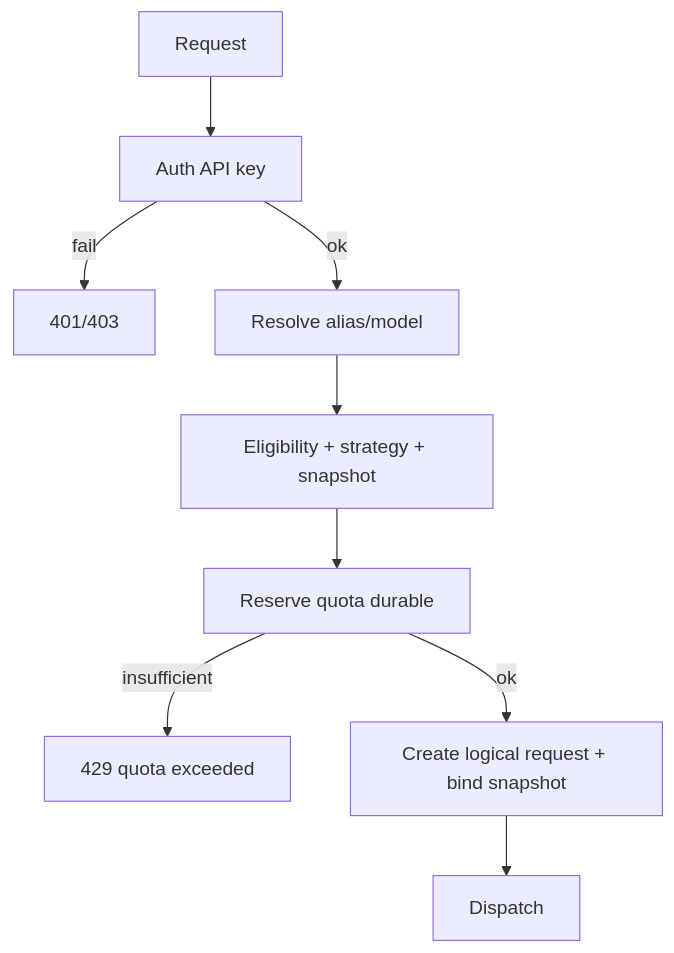
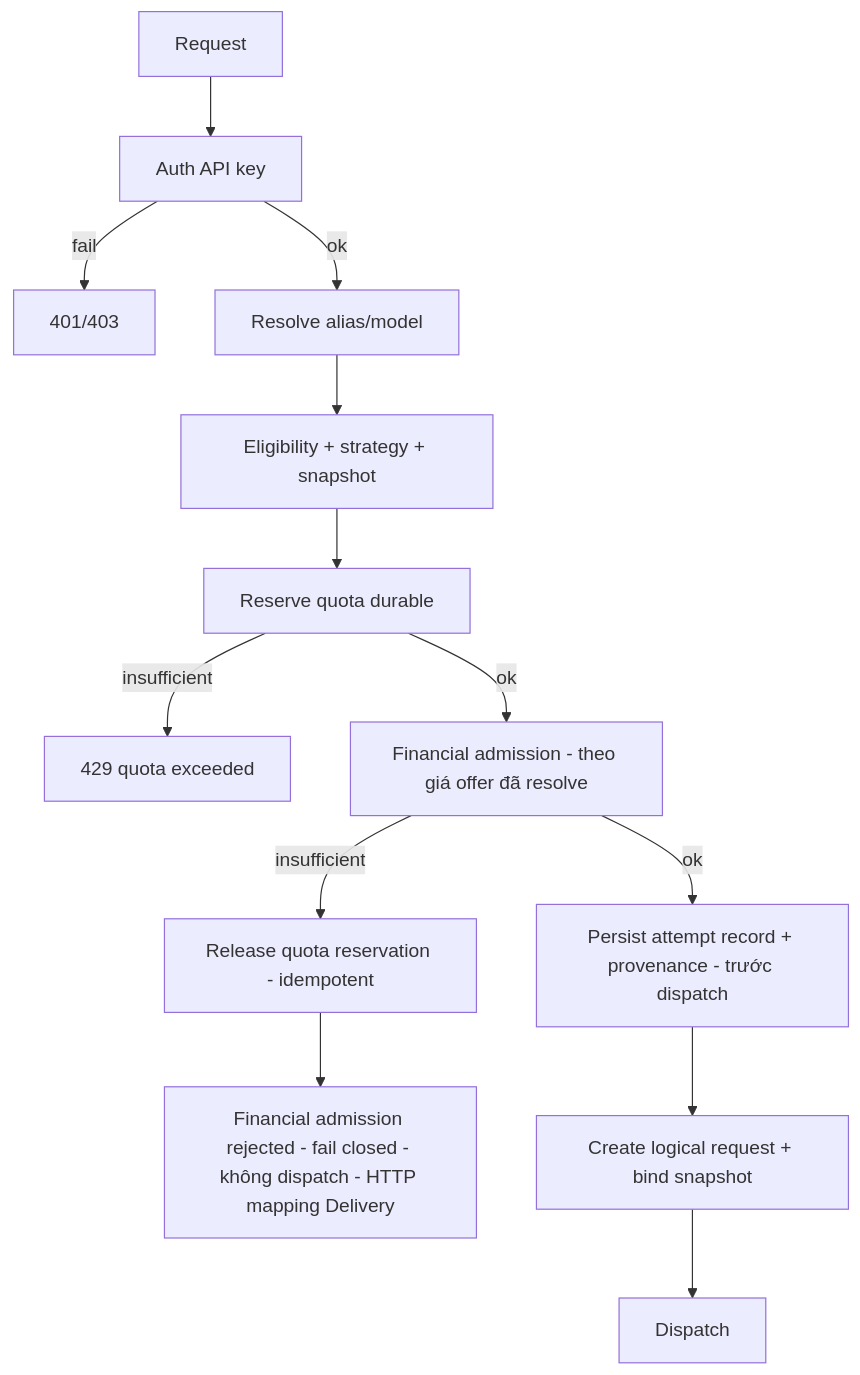
The third of 7 diagrams in docs/applications/llm-api/01-architecture.md (ecoma-io/ecoma), drawn with Mermaid before and after one commit. The commit also changed other lines of this file and 23 other files, not shown here.

First line of the commit message:
docs: resolve internal sponsorship funding and first-party financial model (#93)

````diff
--- a/docs/applications/llm-api/01-architecture.md
+++ b/docs/applications/llm-api/01-architecture.md
@@ -179,11 +198,15 @@
 ```mermaid
 flowchart TD
   R[Request] --> A[Auth API key]
   A -->|fail| E1[401/403]
   A -->|ok| RS[Resolve alias/model]
   RS --> EL[Eligibility + strategy + snapshot]
   EL --> Q[Reserve quota durable]
   Q -->|insufficient| E2[429 quota exceeded]
-  Q -->|ok| LR[Create logical request + bind snapshot]
+  Q -->|ok| FA[Financial admission - theo giá offer đã resolve]
+  FA -->|insufficient| RQ[Release quota reservation - idempotent]
+  RQ --> E3[Financial admission rejected - fail closed - không dispatch - HTTP mapping Delivery]
+  FA -->|ok| AR[Persist attempt record + provenance - trước dispatch]
+  AR --> LR[Create logical request + bind snapshot]
   LR --> D[Dispatch]
 ```
````
